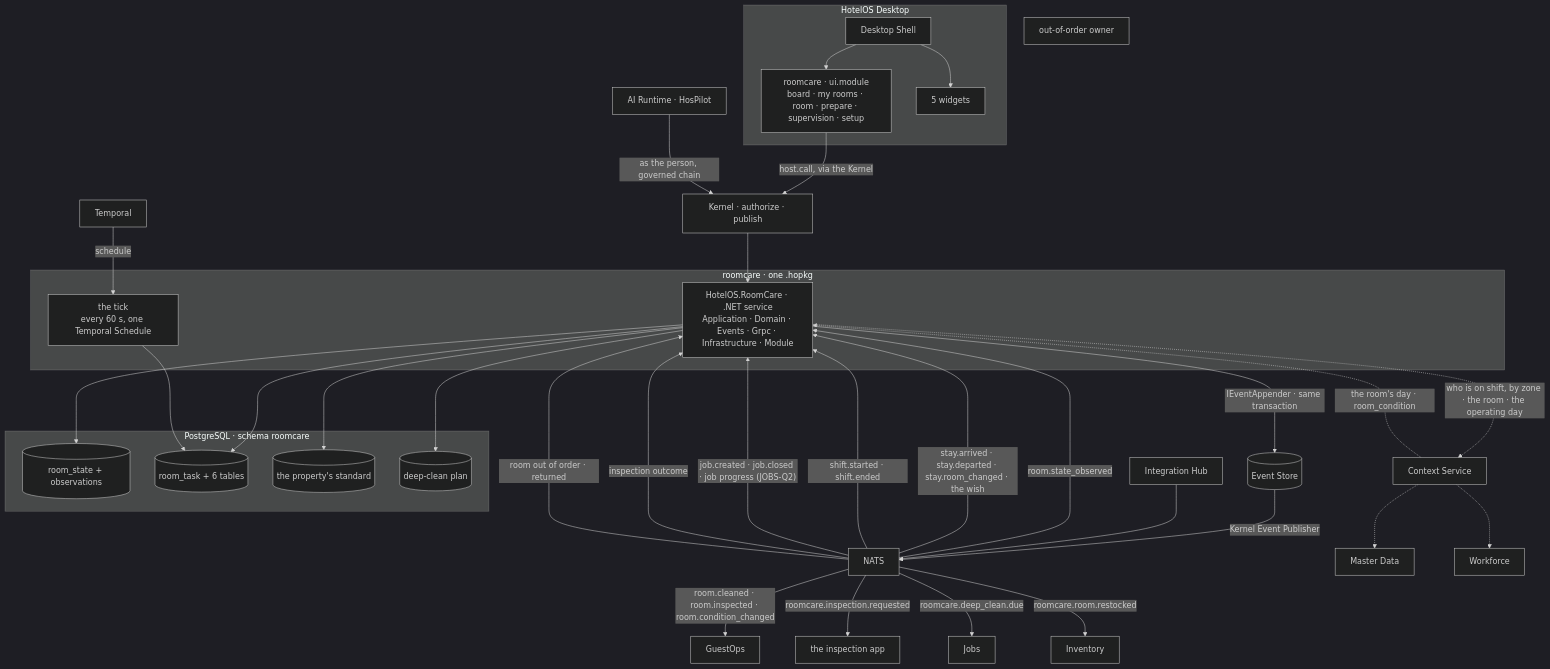
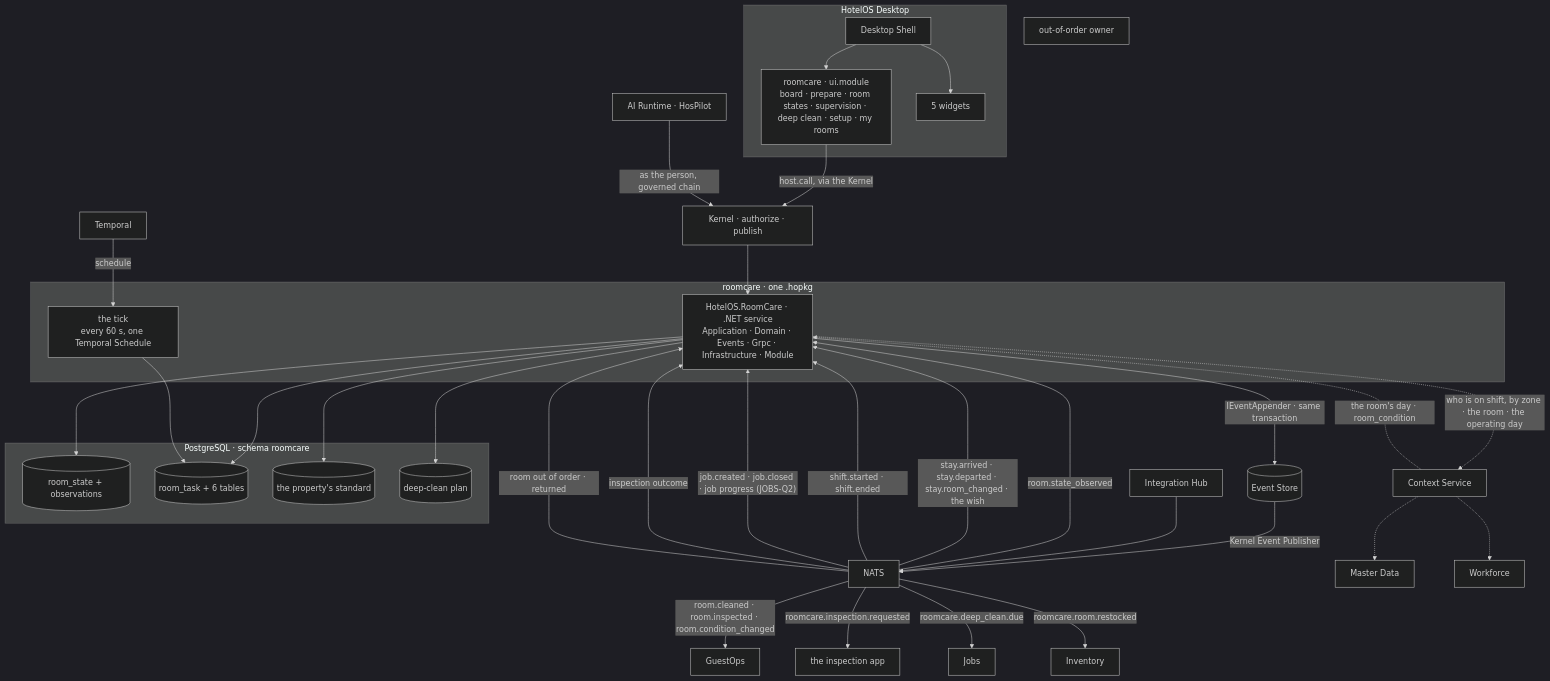
One commit to mahinshaaboobakar/hotelOsApps changed the diagram in roomcare/docs/chapters/03-the-roomcare-design.md. Above: the diagram before and after it, drawn with Mermaid (dark theme). The commit also changed other lines of this file and 2 other files, not shown here.

First line of the commit message:
Redline 5 folded and RE-LOCKED: Room states is its own tab with three views — the sheet, the tap grid, compact

````diff
--- a/roomcare/docs/chapters/03-the-roomcare-design.md
+++ b/roomcare/docs/chapters/03-the-roomcare-design.md
@@ -46,63 +46,63 @@
 ```mermaid
 flowchart TB
     subgraph Desktop[HotelOS Desktop]
         Shell[Desktop Shell]
-        RCUI["roomcare · ui.module<br/>board · my rooms · room · prepare · supervision · setup"]
+        RCUI["roomcare · ui.module<br/>board · prepare · room states · supervision · deep clean · setup · my rooms"]
         W["5 widgets"]
     end
 
     subgraph PKG["roomcare · one .hopkg"]
         SVC["HotelOS.RoomCare · .NET service<br/>Application · Domain · Events · Grpc · Infrastructure · Module"]
         TICK["the tick<br/>every 60 s, one Temporal Schedule"]
     end
 
     subgraph Schema["PostgreSQL · schema roomcare"]
         RS[(room_state + observations)]
         TASK[(room_task + 6 tables)]
         POL[(the property's standard)]
         DC[(deep-clean plan)]
     end
 
     K[Kernel · authorize · publish]
     ES[(Event Store)]
     NATS[NATS]
     CTX[Context Service]
     MD[Master Data]
     WF[Workforce]
     GO[GuestOps]
     JOBS[Jobs]
     INSP["the inspection app"]
     INV[Inventory]
     OOO["out-of-order owner"]
     HUB[Integration Hub]
     TEMP[Temporal]
     AI[AI Runtime · HosPilot]
 
     Shell --> RCUI
     Shell --> W
     RCUI -->|"host.call, via the Kernel"| K --> SVC
     AI -->|"as the person, governed chain"| K
     SVC --> RS
     SVC --> TASK
     SVC --> POL
     SVC --> DC
     SVC -->|"IEventAppender · same transaction"| ES
     ES -->|"Kernel Event Publisher"| NATS
     NATS -->|"room.cleaned · room.inspected · room.condition_changed"| GO
     NATS -->|"roomcare.inspection.requested"| INSP
     NATS -->|"roomcare.deep_clean.due"| JOBS
     NATS -->|"roomcare.room.restocked"| INV
     NATS -->|"room.state_observed"| SVC
     NATS -->|"stay.arrived · stay.departed · stay.room_changed · the wish"| SVC
     NATS -->|"shift.started · shift.ended"| SVC
     NATS -->|"job.created · job.closed · job progress (JOBS-Q2)"| SVC
     NATS -->|"inspection outcome"| SVC
     NATS -->|"room out of order · returned"| SVC
     HUB --> NATS
     SVC -.->|"who is on shift, by zone · the room · the operating day"| CTX
     CTX -.-> WF
     CTX -.-> MD
     CTX -.->|"the room's day · room_condition"| SVC
     TEMP -->|"schedule"| TICK
     TICK --> TASK
 ```
````
